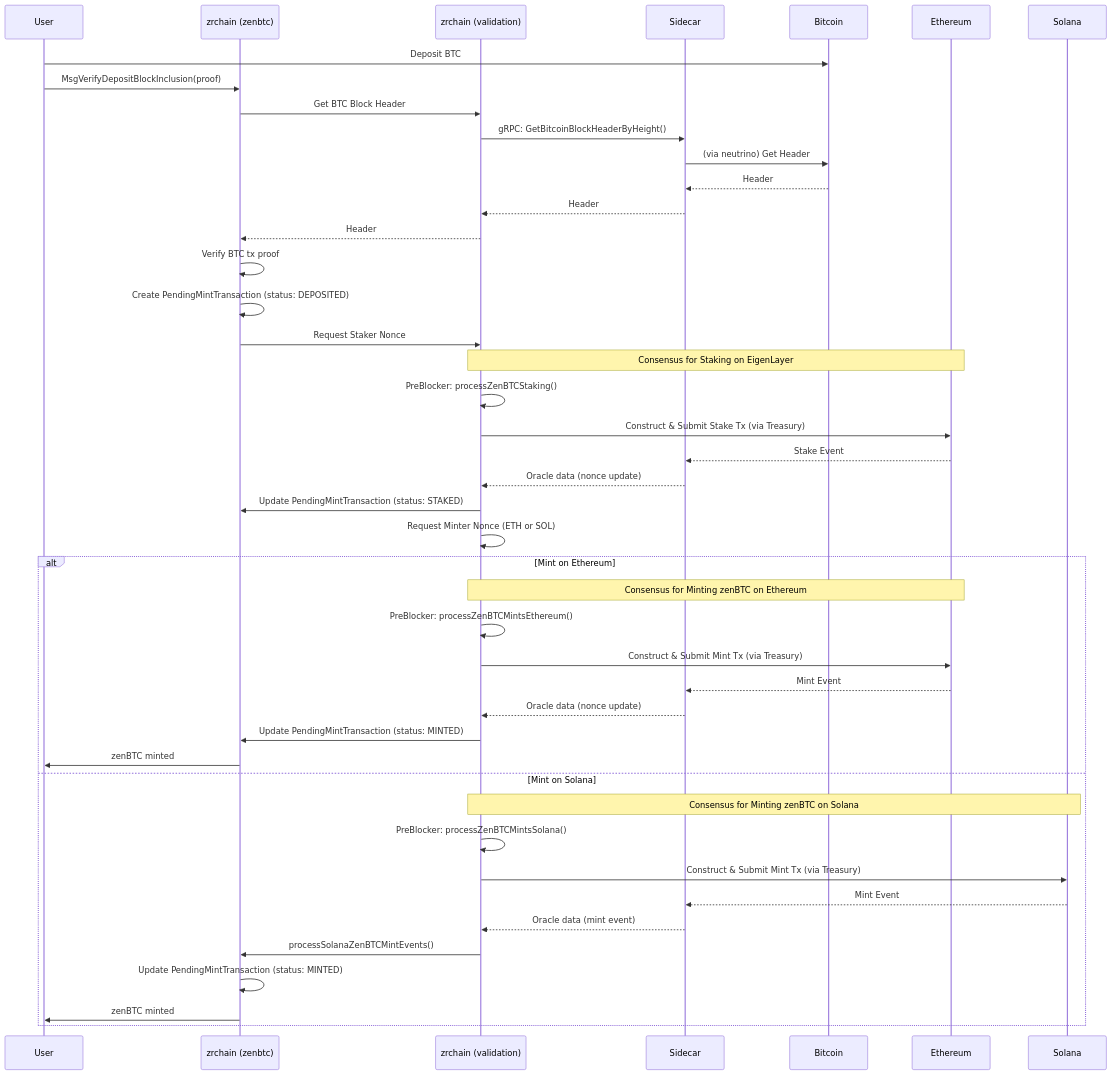
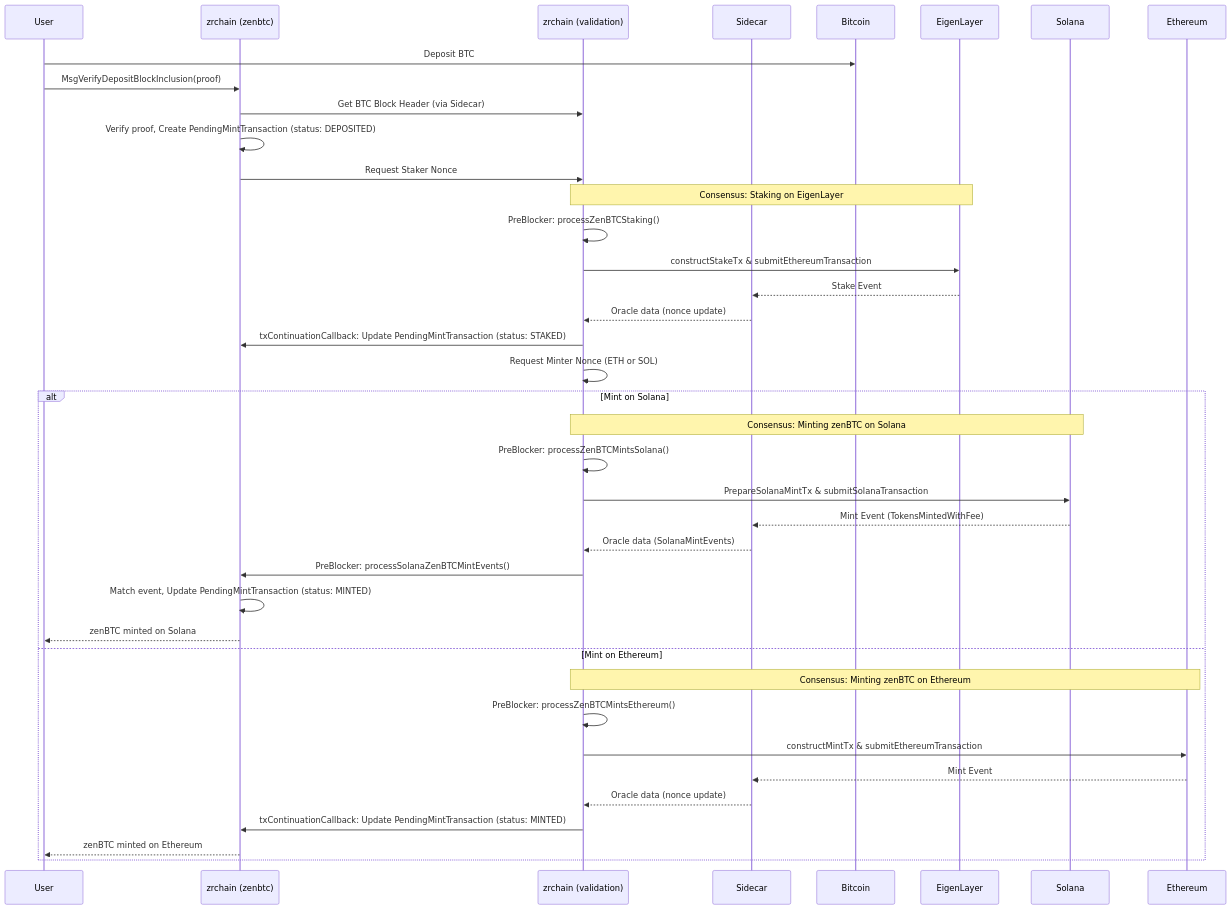
Before and after one commit to zenrocklabs/zrchain: the first of 4 diagrams in docs/README.md, drawn with Mermaid. The commit also changed other lines of this file, not shown here.

Commit message:
improve diags

````diff
--- a/docs/README.md
+++ b/docs/README.md
@@ -13,52 +13,46 @@
 ```mermaid
 sequenceDiagram
     participant User
     participant zrchain as zrchain (zenbtc)
     participant zrchain_val as zrchain (validation)
     participant Sidecar
     participant Bitcoin
+    participant EigenLayer
+    participant Solana
     participant Ethereum
-    participant Solana
 
     User->>Bitcoin: Deposit BTC
     User->>zrchain: MsgVerifyDepositBlockInclusion(proof)
 
-    zrchain->>zrchain_val: Get BTC Block Header
-    zrchain_val->>Sidecar: gRPC: GetBitcoinBlockHeaderByHeight()
-    Sidecar->>Bitcoin: (via neutrino) Get Header
-    Bitcoin-->>Sidecar: Header
-    Sidecar-->>zrchain_val: Header
-    zrchain_val-->>zrchain: Header
-
-    zrchain->>zrchain: Verify BTC tx proof
-    zrchain->>zrchain: Create PendingMintTransaction (status: DEPOSITED)
+    zrchain->>zrchain_val: Get BTC Block Header (via Sidecar)
+    zrchain->>zrchain: Verify proof, Create PendingMintTransaction (status: DEPOSITED)
     zrchain->>zrchain_val: Request Staker Nonce
 
-    Note over zrchain_val,Ethereum: Consensus for Staking on EigenLayer
+    Note over zrchain_val,EigenLayer: Consensus: Staking on EigenLayer
     zrchain_val->>zrchain_val: PreBlocker: processZenBTCStaking()
-    zrchain_val->>Ethereum: Construct & Submit Stake Tx (via Treasury)
-    Ethereum-->>Sidecar: Stake Event
+    zrchain_val->>EigenLayer: constructStakeTx & submitEthereumTransaction
+    EigenLayer-->>Sidecar: Stake Event
     Sidecar-->>zrchain_val: Oracle data (nonce update)
 
-    zrchain_val->>zrchain: Update PendingMintTransaction (status: STAKED)
+    zrchain_val->>zrchain: txContinuationCallback: Update PendingMintTransaction (status: STAKED)
     zrchain_val->>zrchain_val: Request Minter Nonce (ETH or SOL)
 
-    alt Mint on Ethereum
-        Note over zrchain_val,Ethereum: Consensus for Minting zenBTC on Ethereum
+    alt Mint on Solana
+        Note over zrchain_val,Solana: Consensus: Minting zenBTC on Solana
+        zrchain_val->>zrchain_val: PreBlocker: processZenBTCMintsSolana()
+        zrchain_val->>Solana: PrepareSolanaMintTx & submitSolanaTransaction
+        Solana-->>Sidecar: Mint Event (TokensMintedWithFee)
+        Sidecar-->>zrchain_val: Oracle data (SolanaMintEvents)
+        zrchain_val->>zrchain: PreBlocker: processSolanaZenBTCMintEvents()
+        zrchain->>zrchain: Match event, Update PendingMintTransaction (status: MINTED)
+        zrchain-->>User: zenBTC minted on Solana
+    else Mint on Ethereum
+        Note over zrchain_val,Ethereum: Consensus: Minting zenBTC on Ethereum
         zrchain_val->>zrchain_val: PreBlocker: processZenBTCMintsEthereum()
-        zrchain_val->>Ethereum: Construct & Submit Mint Tx (via Treasury)
+        zrchain_val->>Ethereum: constructMintTx & submitEthereumTransaction
         Ethereum-->>Sidecar: Mint Event
         Sidecar-->>zrchain_val: Oracle data (nonce update)
-        zrchain_val->>zrchain: Update PendingMintTransaction (status: MINTED)
-        zrchain->>User: zenBTC minted
-    else Mint on Solana
-        Note over zrchain_val,Solana: Consensus for Minting zenBTC on Solana
-        zrchain_val->>zrchain_val: PreBlocker: processZenBTCMintsSolana()
-        zrchain_val->>Solana: Construct & Submit Mint Tx (via Treasury)
-        Solana-->>Sidecar: Mint Event
-        Sidecar-->>zrchain_val: Oracle data (mint event)
-        zrchain_val->>zrchain: processSolanaZenBTCMintEvents()
-        zrchain->>zrchain: Update PendingMintTransaction (status: MINTED)
-        zrchain->>User: zenBTC minted
+        zrchain_val->>zrchain: txContinuationCallback: Update PendingMintTransaction (status: MINTED)
+        zrchain-->>User: zenBTC minted on Ethereum
     end
 ```
````
